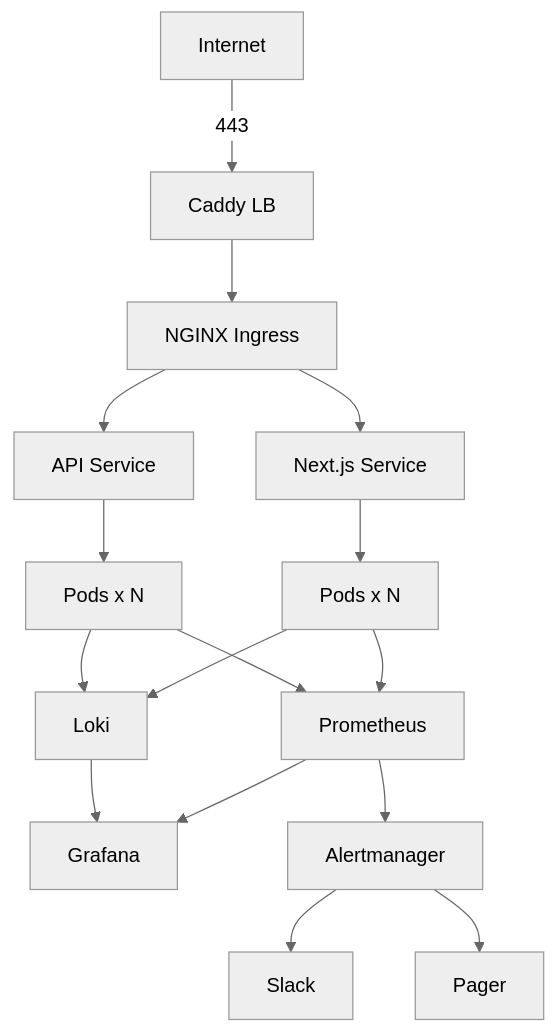
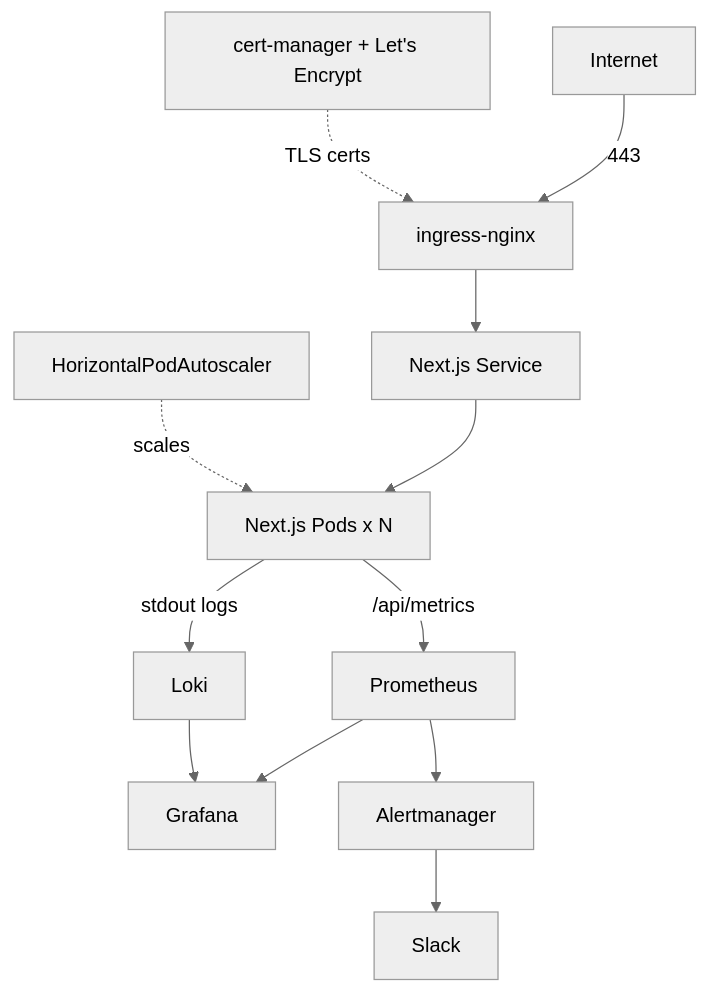
The diagram in README.md (sarmakska/k8s-ops-toolkit), drawn with Mermaid (neutral theme) before and after one commit. The commit also changed other lines of this file, not shown here.

Commit message:
docs: align README with actual chart and install script, add CI/version badges and wiki links

````diff
--- a/README.md
+++ b/README.md
@@ -25,18 +27,14 @@
 ```mermaid
 graph TD
-  Internet[Internet] -->|443| Caddy[Caddy LB]
-  Caddy --> Ing[NGINX Ingress]
-  Ing --> Svc1[Next.js Service]
-  Ing --> Svc2[API Service]
-  Svc1 --> P1[Pods x N]
-  Svc2 --> P2[Pods x N]
-  P1 --> Prom[Prometheus]
-  P2 --> Prom
-  P1 --> Loki[Loki]
-  P2 --> Loki
+  Internet[Internet] -->|443| Ing[ingress-nginx]
+  Cert[cert-manager + Let's Encrypt] -.TLS certs.-> Ing
+  Ing --> Svc[Next.js Service]
+  Svc --> Pods[Next.js Pods x N]
+  HPA[HorizontalPodAutoscaler] -.scales.-> Pods
+  Pods -->|/api/metrics| Prom[Prometheus]
+  Pods -->|stdout logs| Loki[Loki]
   Prom --> Graf[Grafana]
   Loki --> Graf
   Prom --> AM[Alertmanager]
-  AM --> Slack
-  AM --> Pager
+  AM --> Slack[Slack]
 ```
````
